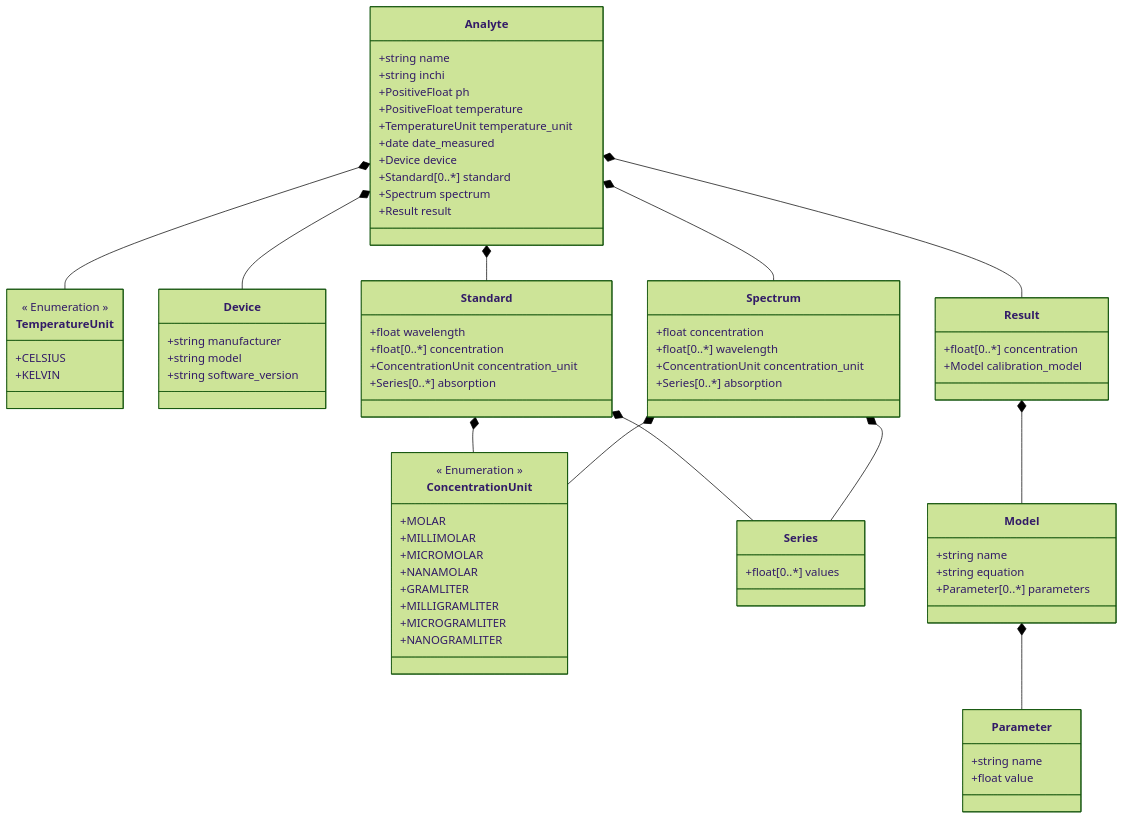
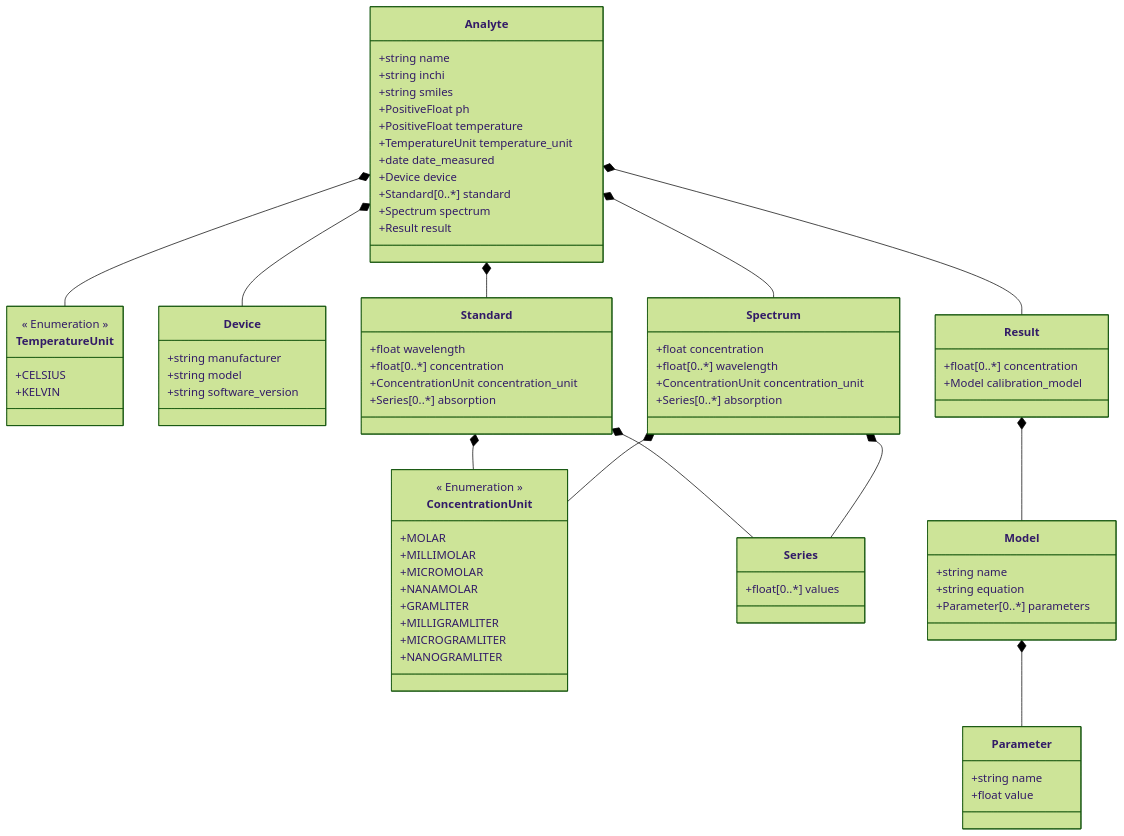
The diagram in CaliPytion/schemes/calipytion_schema.md (FAIRChemistry/datamodel_calibration), drawn with Mermaid (forest theme) before and after one commit. The commit also changed 10 other files, not shown here.

```diff
--- a/CaliPytion/schemes/calipytion_schema.md
+++ b/CaliPytion/schemes/calipytion_schema.md
@@ -15,6 +15,7 @@
     class Analyte {
         +string name
         +string inchi
+        +string smiles
         +PositiveFloat ph
         +PositiveFloat temperature
         +TemperatureUnit temperature_unit
```
